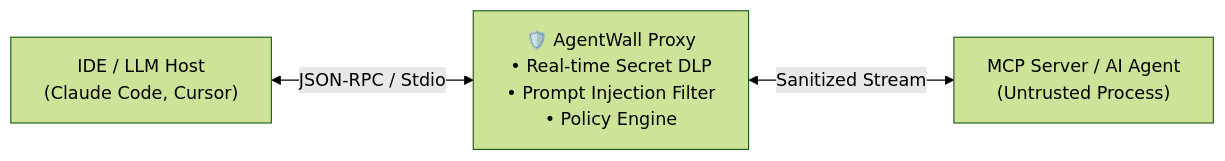
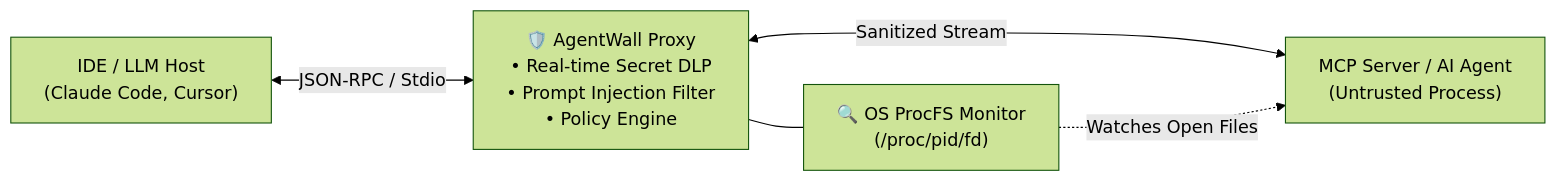
One commit to barbarkaragul-oss/agentwall changed the diagram in README.md. Above: the diagram before and after it, drawn with Mermaid (forest theme). The commit also changed other lines of this file and 5 other files, not shown here.

````diff
--- a/README.md
+++ b/README.md
@@ -30,5 +60,7 @@
 ```mermaid
 flowchart LR
     Host["IDE / LLM Host\n(Claude Code, Cursor)"] <-->|JSON-RPC / Stdio| AW["🛡️ AgentWall Proxy\n• Real-time Secret DLP\n• Prompt Injection Filter\n• Policy Engine"]
     AW <-->|Sanitized Stream| Agent["MCP Server / AI Agent\n(Untrusted Process)"]
+    ProcMon["🔍 OS ProcFS Monitor\n(/proc/pid/fd)"] -.->|Watches Open Files| Agent
+    AW --- ProcMon
 ```
````
